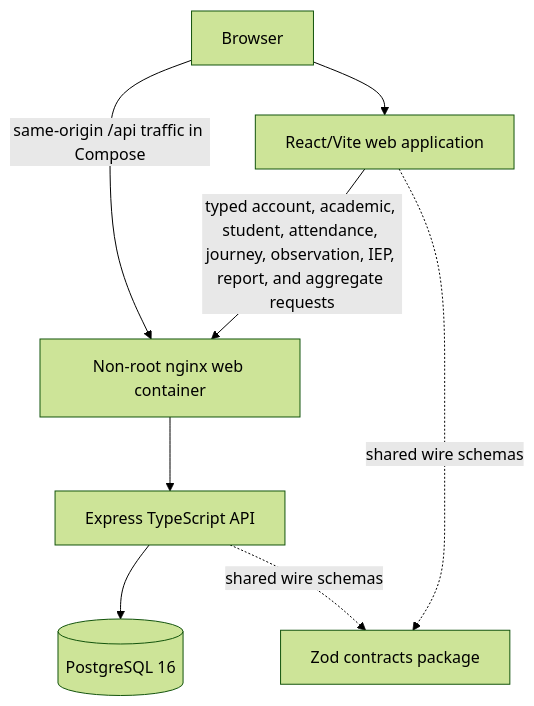
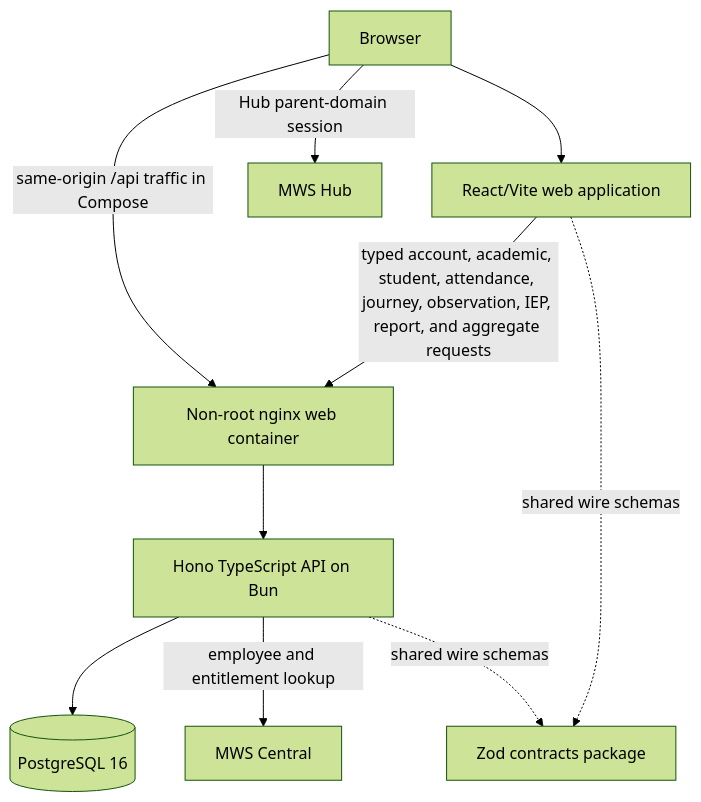
The diagram in README.md (MWS-MAD-Labs/MWS-Learnspace), drawn with Mermaid (forest theme) before and after one commit. The commit also changed other lines of this file and 199 other files, not shown here.

Commit message:
update:central shared session, Central access sync, permission manifest and a move from npm to bun

````diff
--- a/README.md
+++ b/README.md
@@ -33,10 +34,12 @@
 ```mermaid
 flowchart TB
     Browser[Browser] --> Web[React/Vite web application]
+    Browser -->|Hub parent-domain session| Hub[MWS Hub]
     Web -->|typed account, academic, student, attendance, journey, observation, IEP, report, and aggregate requests| Proxy
     Browser -->|same-origin /api traffic in Compose| Proxy[Non-root nginx web container]
-    Proxy --> API[Express TypeScript API]
+    Proxy --> API[Hono TypeScript API on Bun]
     API --> DB[(PostgreSQL 16)]
+    API -->|employee and entitlement lookup| Central[MWS Central]
     Web -. shared wire schemas .-> Contracts[Zod contracts package]
     API -. shared wire schemas .-> Contracts
 ```
````
